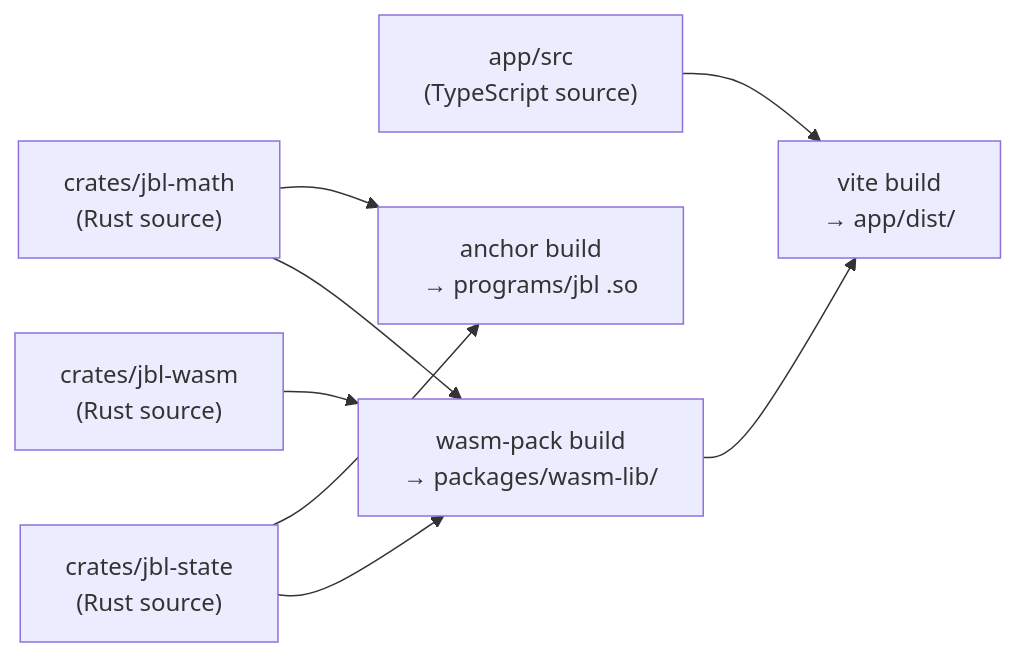
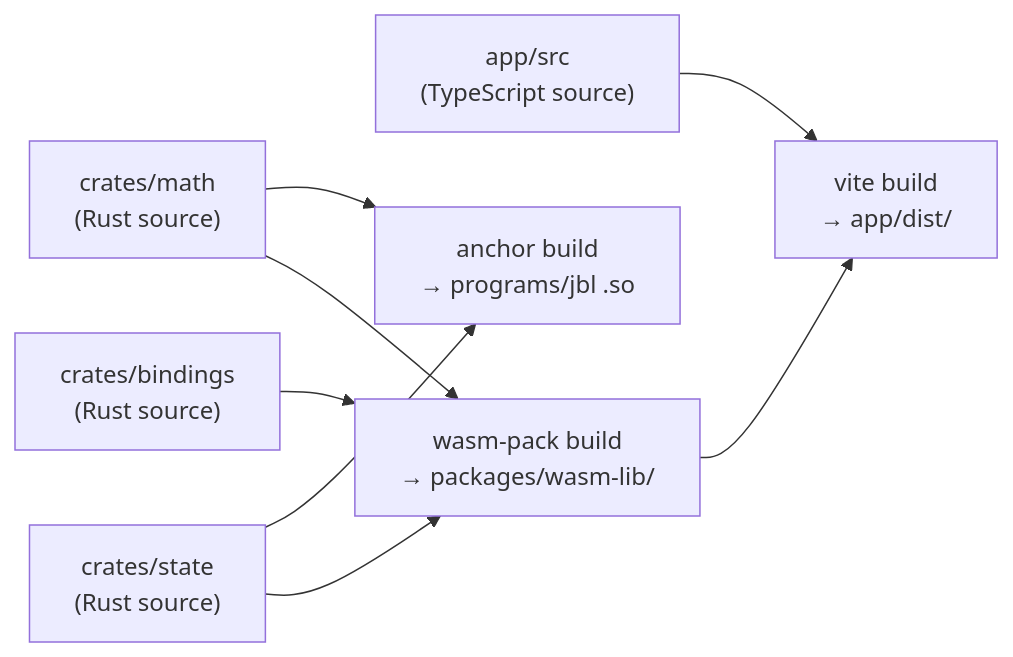
One commit to calma-labs/calma changed the seventh of 7 diagrams in ARCHITECTURE.md. Above: the diagram before and after it, drawn with Mermaid. The commit also changed other lines of this file and 2 other files, not shown here.

````diff
--- a/ARCHITECTURE.md
+++ b/ARCHITECTURE.md
@@ -220,19 +220,19 @@
 ```mermaid
 flowchart LR
-    MATH_SRC["crates/jbl-math\n(Rust source)"]
-    STATE_SRC["crates/jbl-state\n(Rust source)"]
-    WASM_SRC["crates/jbl-wasm\n(Rust source)"]
+    MATH_SRC["crates/math\n(Rust source)"]
+    STATE_SRC["crates/state\n(Rust source)"]
+    WASM_SRC["crates/bindings\n(Rust source)"]
     APP_SRC["app/src\n(TypeScript source)"]
 
     ANCHOR_BUILD["anchor build\n→ programs/jbl .so"]
     WASM_BUILD["wasm-pack build\n→ packages/wasm-lib/"]
     VITE_BUILD["vite build\n→ app/dist/"]
 
     MATH_SRC --> ANCHOR_BUILD
     STATE_SRC --> ANCHOR_BUILD
     MATH_SRC --> WASM_BUILD
     STATE_SRC --> WASM_BUILD
     WASM_SRC --> WASM_BUILD
     WASM_BUILD --> VITE_BUILD
     APP_SRC --> VITE_BUILD
 ```
````
